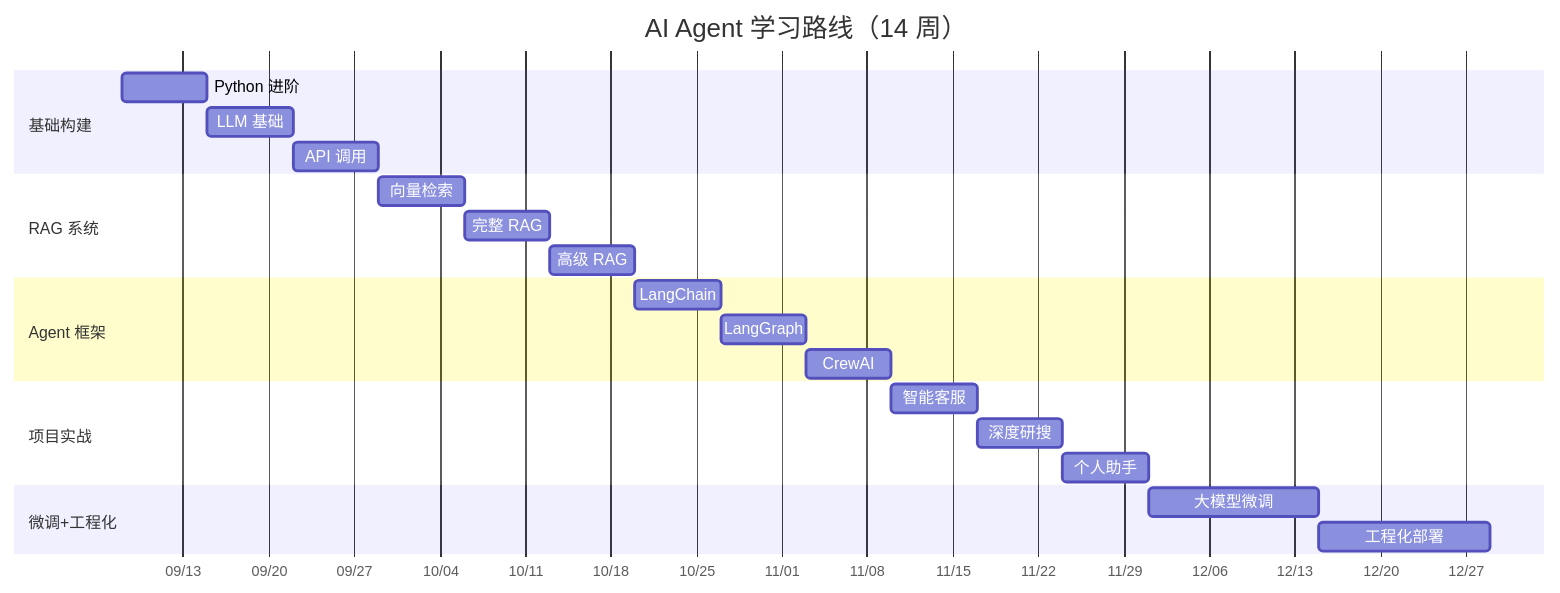
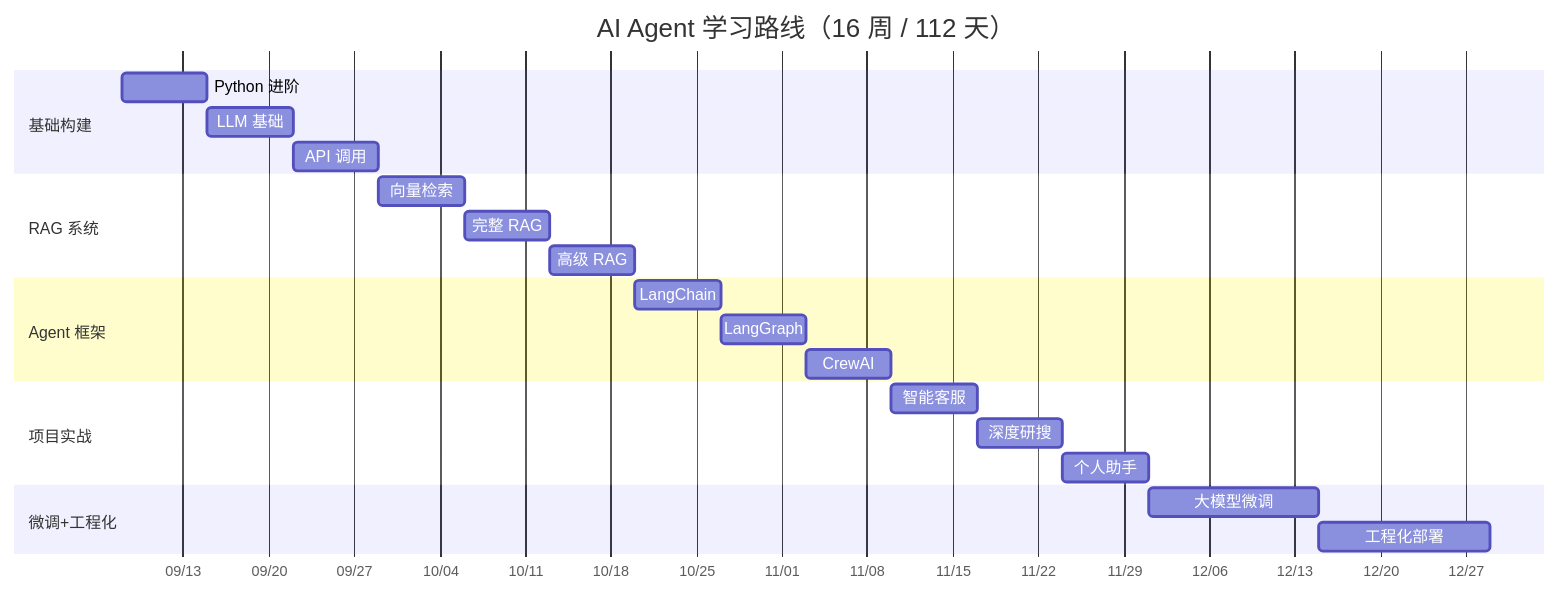
The first of 4 diagrams in Learning/agent/AI-Agent-学习路线.md (vegetable-kun/obsidian-vault), drawn with Mermaid before and after one commit. The commit also changed other lines of this file and 10 other files, not shown here.

````diff
--- a/Learning/agent/AI-Agent-学习路线.md
+++ b/Learning/agent/AI-Agent-学习路线.md
@@ -49,30 +49,30 @@
 ```mermaid
 gantt
-    title AI Agent 学习路线（14 周）
+    title AI Agent 学习路线（16 周 / 112 天）
     dateFormat  YYYY-MM-DD
     axisFormat  %m/%d
     
     section 基础构建
     Python 进阶           :a1, 2026-09-08, 7d
     LLM 基础              :a2, after a1, 7d
     API 调用              :a3, after a2, 7d
     
     section RAG 系统
     向量检索              :b1, after a3, 7d
     完整 RAG              :b2, after b1, 7d
     高级 RAG              :b3, after b2, 7d
     
     section Agent 框架
     LangChain             :c1, after b3, 7d
     LangGraph             :c2, after c1, 7d
     CrewAI                :c3, after c2, 7d
     
     section 项目实战
     智能客服              :d1, after c3, 7d
     深度研搜              :d2, after d1, 7d
     个人助手              :d3, after d2, 7d
     
     section 微调+工程化
     大模型微调            :e1, after d3, 14d
     工程化部署            :e2, after e1, 14d
 ```
````
